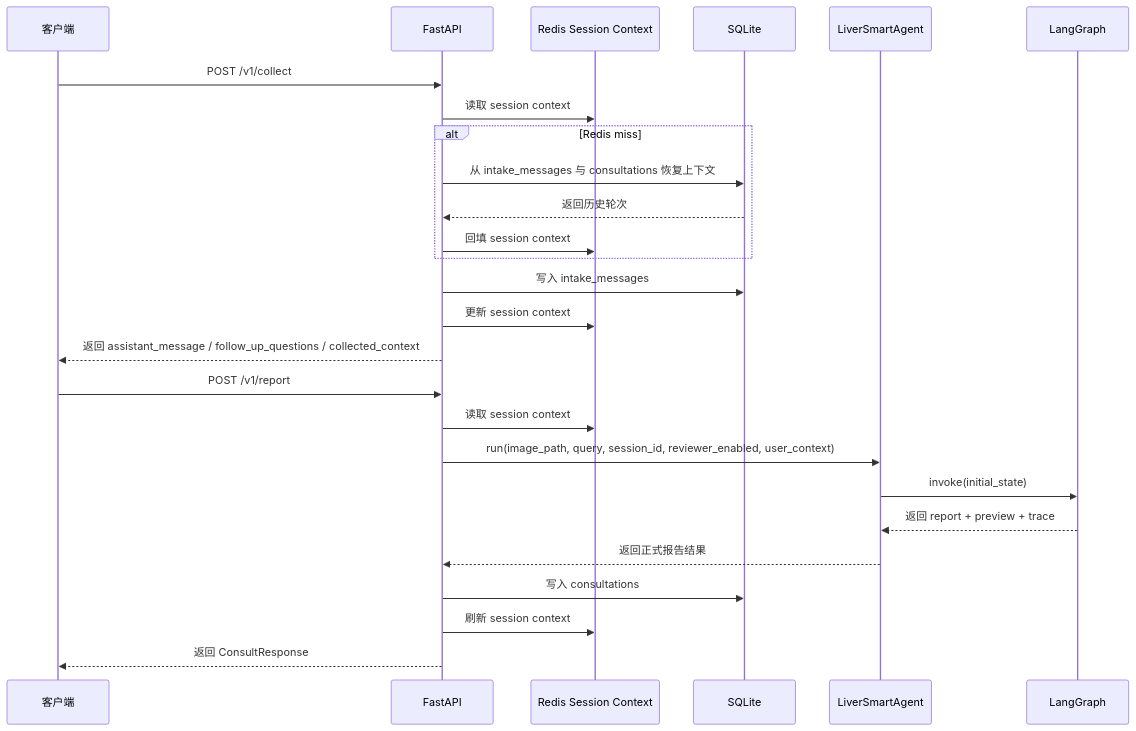
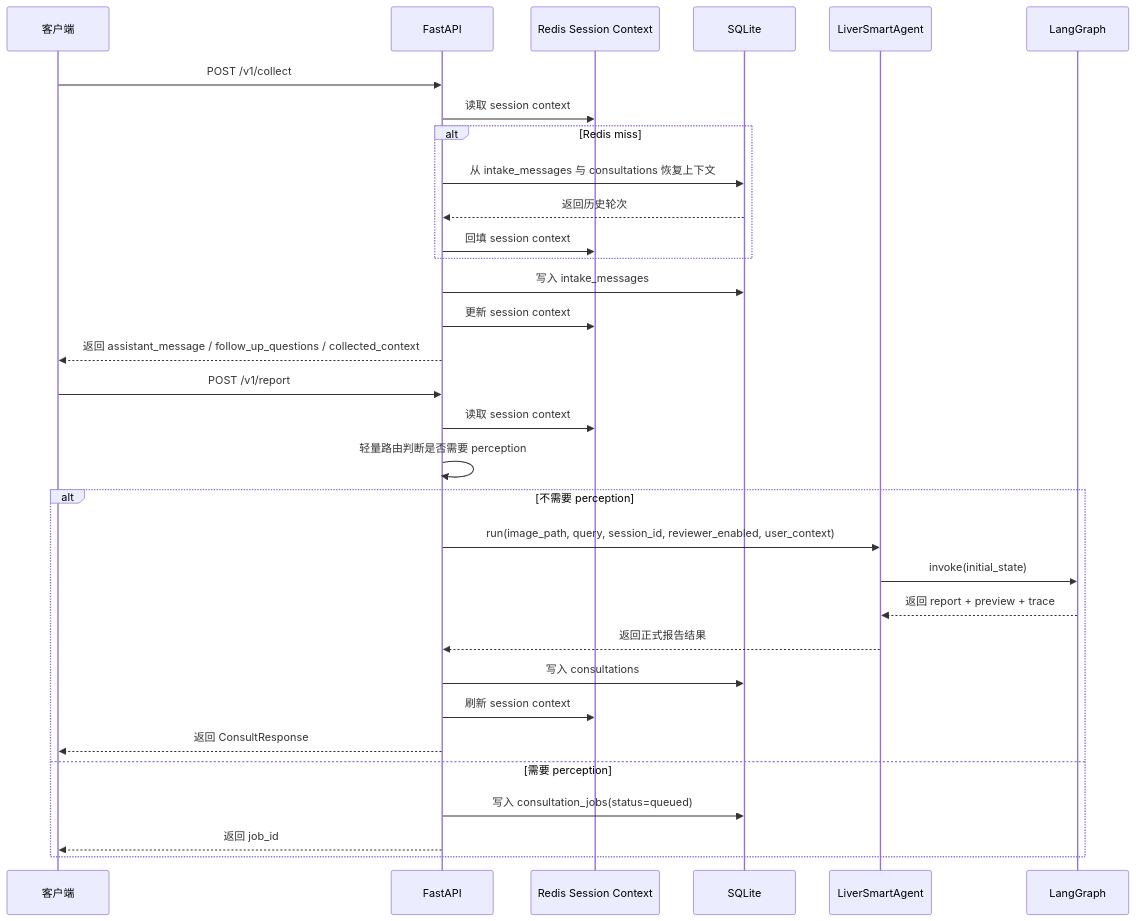
The third of 8 diagrams in docs/backend_architecture.md (jiliguluhua/liver_rag), drawn with Mermaid before and after one commit. The commit also changed other lines of this file and 1 other file, not shown here.

````diff
--- a/docs/backend_architecture.md
+++ b/docs/backend_architecture.md
@@ -67,30 +70,36 @@
 ```mermaid
 sequenceDiagram
     participant Client as 客户端
     participant API as FastAPI
     participant Redis as Redis Session Context
     participant DB as SQLite
     participant Agent as LiverSmartAgent
     participant Graph as LangGraph
 
     Client->>API: POST /v1/collect
     API->>Redis: 读取 session context
     alt Redis miss
         API->>DB: 从 intake_messages 与 consultations 恢复上下文
         DB-->>API: 返回历史轮次
         API->>Redis: 回填 session context
     end
     API->>DB: 写入 intake_messages
     API->>Redis: 更新 session context
     API-->>Client: 返回 assistant_message / follow_up_questions / collected_context
 
     Client->>API: POST /v1/report
     API->>Redis: 读取 session context
-    API->>Agent: run(image_path, query, session_id, reviewer_enabled, user_context)
-    Agent->>Graph: invoke(initial_state)
-    Graph-->>Agent: 返回 report + preview + trace
-    Agent-->>API: 返回正式报告结果
-    API->>DB: 写入 consultations
-    API->>Redis: 刷新 session context
-    API-->>Client: 返回 ConsultResponse
+    API->>API: 轻量路由判断是否需要 perception
+    alt 不需要 perception
+        API->>Agent: run(image_path, query, session_id, reviewer_enabled, user_context)
+        Agent->>Graph: invoke(initial_state)
+        Graph-->>Agent: 返回 report + preview + trace
+        Agent-->>API: 返回正式报告结果
+        API->>DB: 写入 consultations
+        API->>Redis: 刷新 session context
+        API-->>Client: 返回 ConsultResponse
+    else 需要 perception
+        API->>DB: 写入 consultation_jobs(status=queued)
+        API-->>Client: 返回 job_id
+    end
 ```
````
